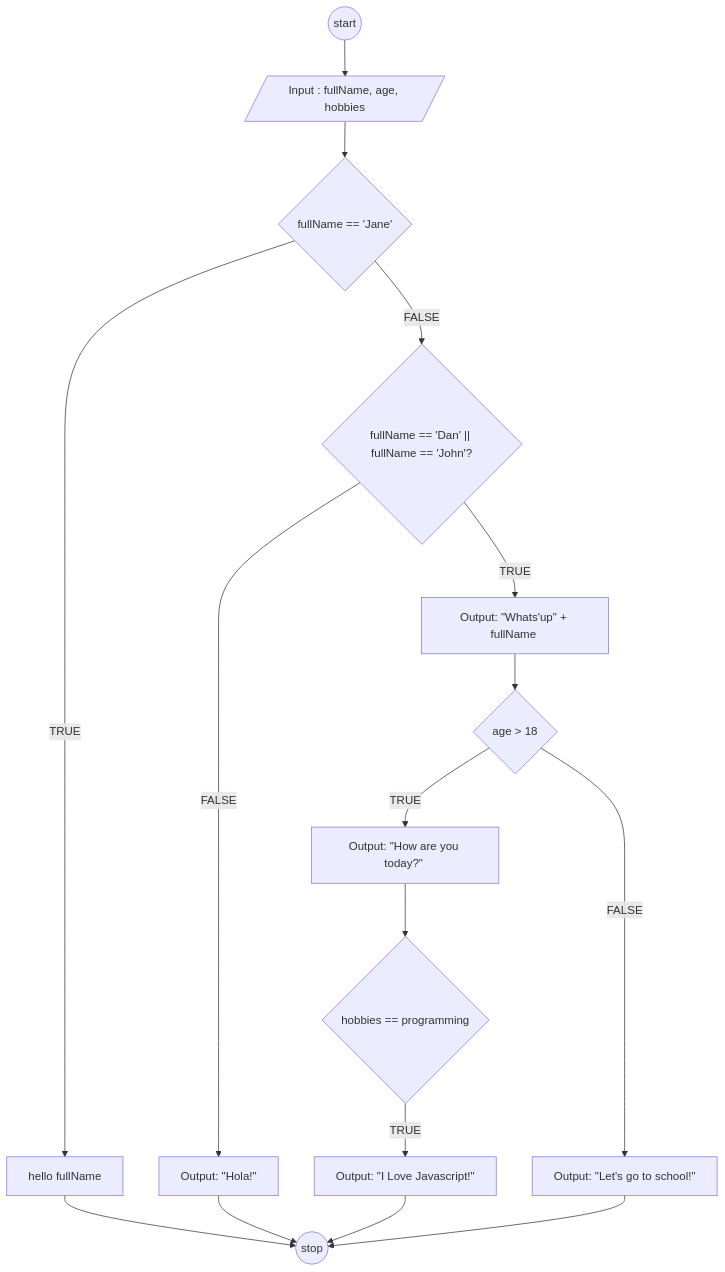
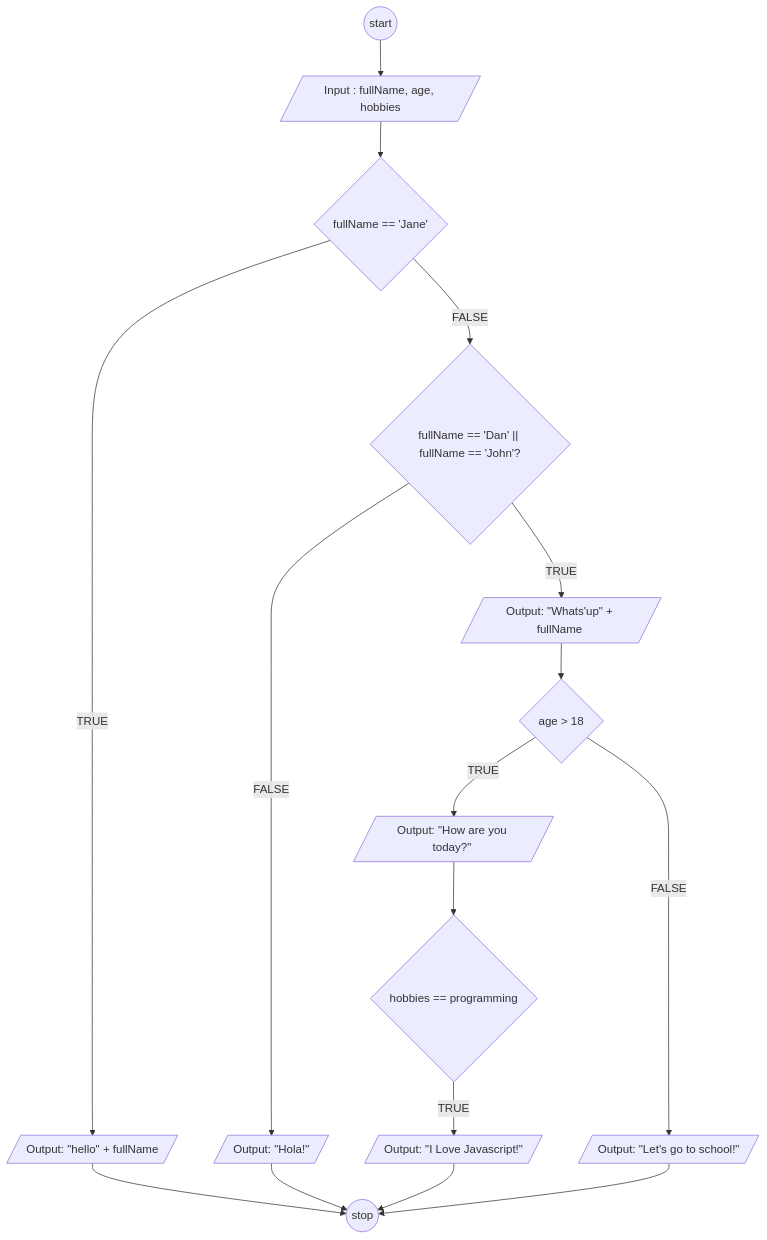
Before and after one commit to makarim22/koda-b6-javascript1: the diagram in flowchart-fullName.md, drawn with Mermaid.

````diff
--- a/flowchart-fullName.md
+++ b/flowchart-fullName.md
@@ -1,47 +1,47 @@
 ```mermaid
 flowchart TD
 A@{ shape: circle, label: "start"} --> B
 
 B@{ shape: lean-r, label: "Input : fullName, age, hobbies" } --> C
 
 C@{ shape: diamond, label: "fullName == 'Jane'" } -->|TRUE| D
 
 C -- FALSE --> E
 
-D@{ shape: rect, label: "hello fullName"} 
+D@{ shape: lean-r, label: "Output: \"hello\" + fullName" } 
 
 E@{ shape: diamond, label: "fullName == 'Dan' || fullName == 'John'?" } 
 
 E -- TRUE --> S
 
-S@{ shape: rect, label: "Output: \"Whats'up\" + fullName " }
+S@{ shape: lean-r, label: "Output: \"Whats'up\" + fullName " }
 
 E -- FALSE --> K
 
 S --> F
 
 F@{ shape: diamond, label: "age > 18 "} 
 
 F  --> |TRUE| Q
 
 F -- FALSE --> H
 
-H@{ shape: rect, label: "Output: \"Let's go to school!\" " } 
+H@{ shape: lean-r, label: "Output: \"Let's go to school!\" " } 
 
-K@{ shape: rect, label: "Output: \"Hola!\" " }
+K@{ shape: lean-r, label: "Output: \"Hola!\" " }
 
 O@{ shape: diamond, label: "hobbies == programming" } -->|TRUE| P
 
 
-P@{ shape: rect, label: "Output: \"I Love Javascript!\" "} 
+P@{ shape: lean-r, label: "Output: \"I Love Javascript!\" "} 
 
-Q@{ shape: rect, label: "Output: \"How are you today?\" "} --> O
+Q@{ shape: lean-r, label: "Output: \"How are you today?\" "} --> O
 
 Z@{ shape: circle, label: "stop" }
 
 
 D --> Z
 K --> Z
 P --> Z
 H --> Z
 ```
````
